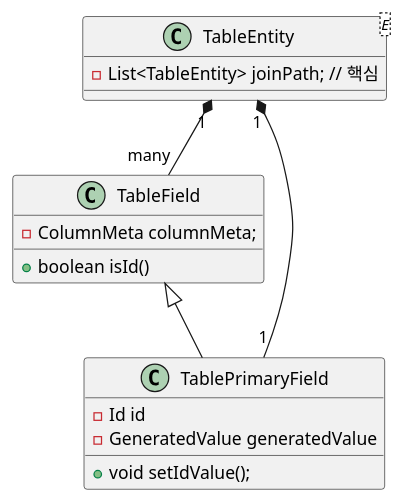
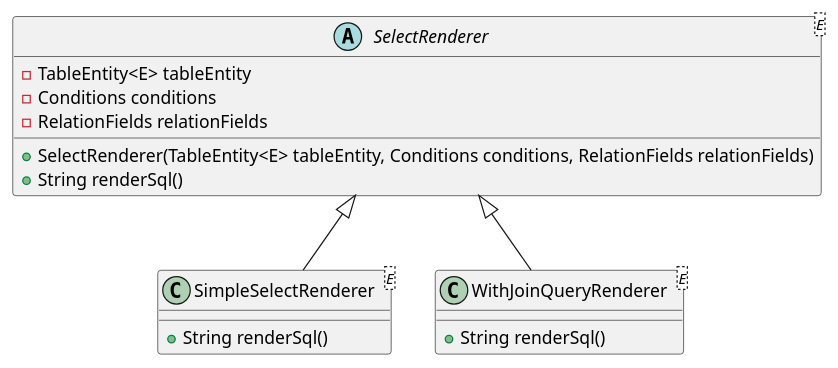
One commit to SightStudio/jpa-association changed the second of 2 diagrams in docs/misson-3/uml/step-1-class-diagram.puml. Above: the diagram before and after it, drawn with PlantUML. The commit also changed other lines of this file and 5 other files, not shown here.

```diff
--- a/docs/misson-3/uml/step-1-class-diagram.puml
+++ b/docs/misson-3/uml/step-1-class-diagram.puml
@@ -1,22 +15,18 @@
 @startuml
-
-class TableEntity<E> {
-    - List<TableEntity> joinPath; // 핵심
+abstract class SelectRenderer<E> {
+    - TableEntity<E> tableEntity
+    - Conditions conditions
+    - RelationFields relationFields
+    + SelectRenderer(TableEntity<E> tableEntity, Conditions conditions, RelationFields relationFields)
+    + String renderSql()
 }
 
-class TableField {
-    - ColumnMeta columnMeta;
-
-    + boolean isId()
+class SimpleSelectRenderer<E> extends SelectRenderer<E> {
+    + String renderSql()
 }
 
-class TablePrimaryField extends TableField {
-    - Id id
-    - GeneratedValue generatedValue
-    + void setIdValue();
+class WithJoinQueryRenderer<E> extends SelectRenderer<E> {
+    + String renderSql()
 }
 
-TableEntity "1" *-- "1" TablePrimaryField
-TableEntity "1" *-- "many" TableField
-
 @enduml
```
